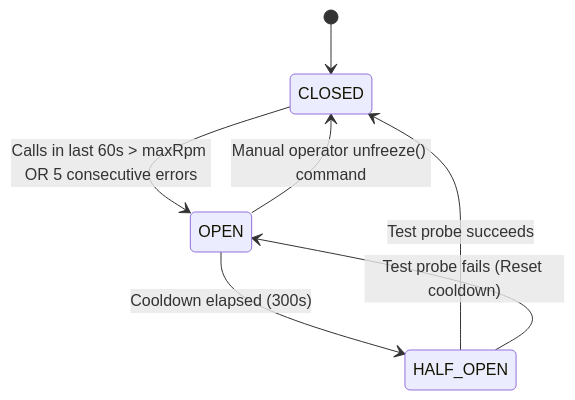
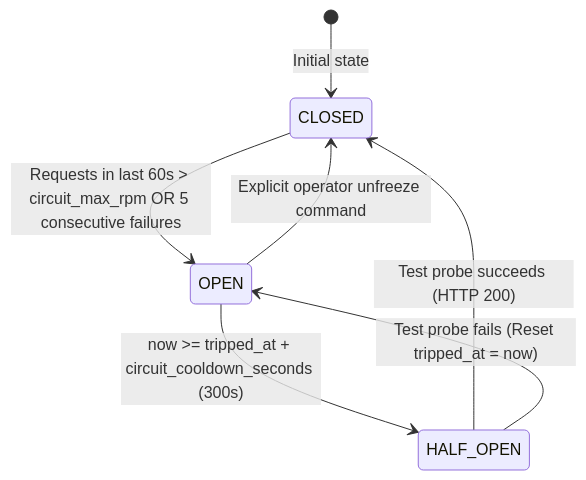
One commit to july-whj/AgentPay changed the second of 2 diagrams in specs/policy-engine-spec.md. Above: the diagram before and after it, drawn with Mermaid. The commit also changed other lines of this file and 13 other files, not shown here.

````diff
--- a/specs/policy-engine-spec.md
+++ b/specs/policy-engine-spec.md
@@ -168,9 +140,9 @@
 ```mermaid
 stateDiagram-v2
-    [*] --> CLOSED
-    CLOSED --> OPEN: Calls in last 60s > maxRpm OR 5 consecutive errors
-    OPEN --> HALF_OPEN: Cooldown elapsed (300s)
-    HALF_OPEN --> CLOSED: Test probe succeeds
-    HALF_OPEN --> OPEN: Test probe fails (Reset cooldown)
-    OPEN --> CLOSED: Manual operator unfreeze() command
+    [*] --> CLOSED: Initial state
+    CLOSED --> OPEN: Requests in last 60s > circuit_max_rpm OR 5 consecutive failures
+    OPEN --> HALF_OPEN: now >= tripped_at + circuit_cooldown_seconds (300s)
+    HALF_OPEN --> CLOSED: Test probe succeeds (HTTP 200)
+    HALF_OPEN --> OPEN: Test probe fails (Reset tripped_at = now)
+    OPEN --> CLOSED: Explicit operator unfreeze command
 ```
````
